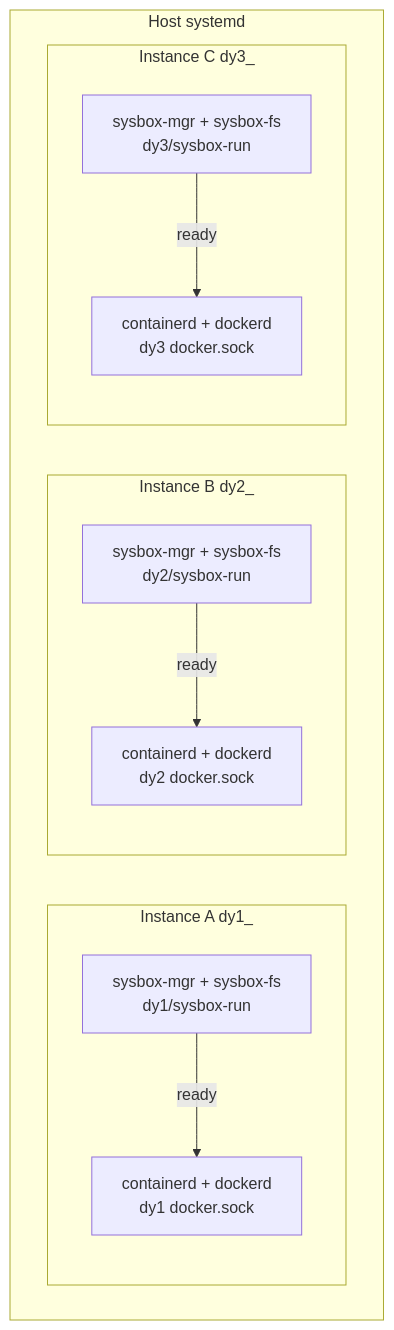
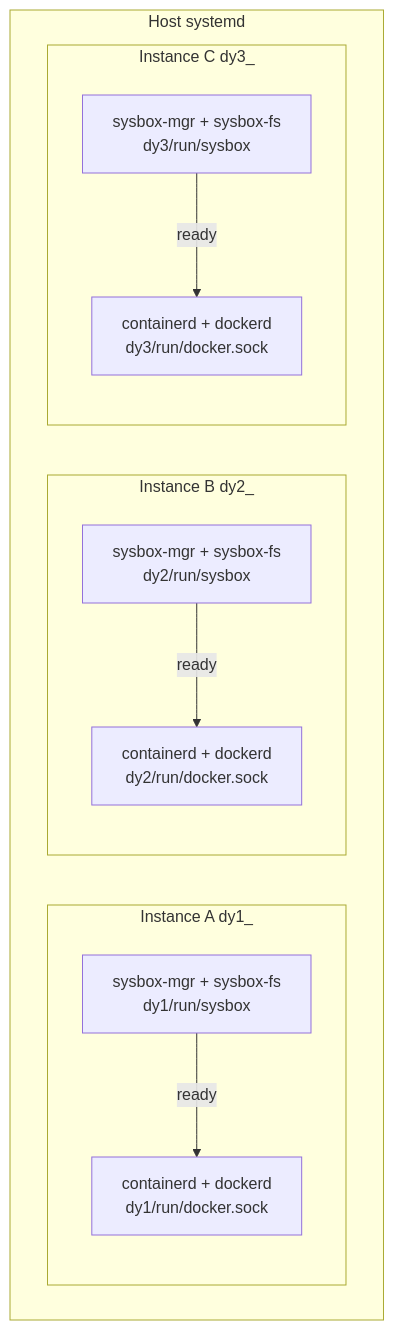
The first of 6 diagrams in ARCHITECTURE.md (shaghafbrand/dockyard), drawn with Mermaid before and after one commit. The commit also changed other lines of this file and 4 other files, not shown here.

First line of the commit message:
docs: update all docs and mermaid for FHS layout

````diff
--- a/ARCHITECTURE.md
+++ b/ARCHITECTURE.md
@@ -24,28 +24,28 @@
 ```mermaid
 graph TB
     subgraph "Host systemd"
         subgraph "Instance A  dy1_"
             SB1["sysbox-mgr + sysbox-fs
-dy1/sysbox-run"]
+dy1/run/sysbox"]
             D1["containerd + dockerd
-dy1 docker.sock"]
+dy1/run/docker.sock"]
             SB1 -->|"ready"| D1
         end
 
         subgraph "Instance B  dy2_"
             SB2["sysbox-mgr + sysbox-fs
-dy2/sysbox-run"]
+dy2/run/sysbox"]
             D2["containerd + dockerd
-dy2 docker.sock"]
+dy2/run/docker.sock"]
             SB2 -->|"ready"| D2
         end
 
         subgraph "Instance C  dy3_"
             SB3["sysbox-mgr + sysbox-fs
-dy3/sysbox-run"]
+dy3/run/sysbox"]
             D3["containerd + dockerd
-dy3 docker.sock"]
+dy3/run/docker.sock"]
             SB3 -->|"ready"| D3
         end
     end
 ```
````
